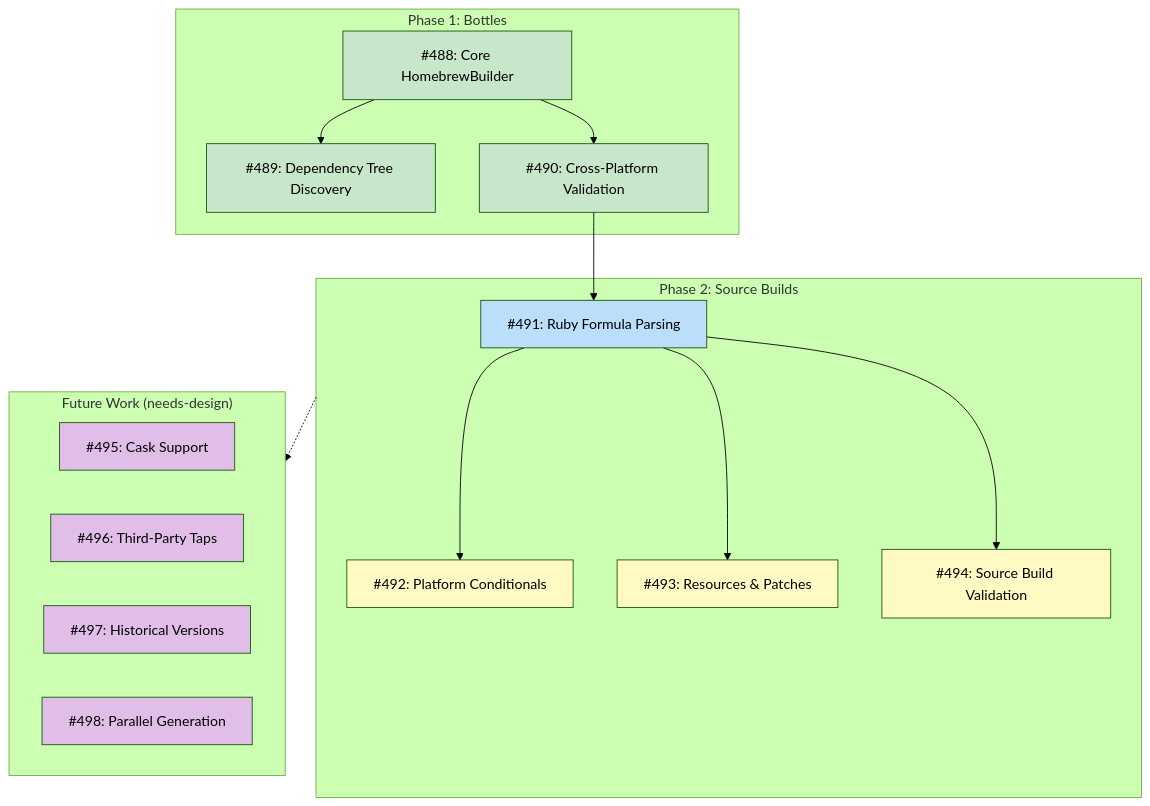
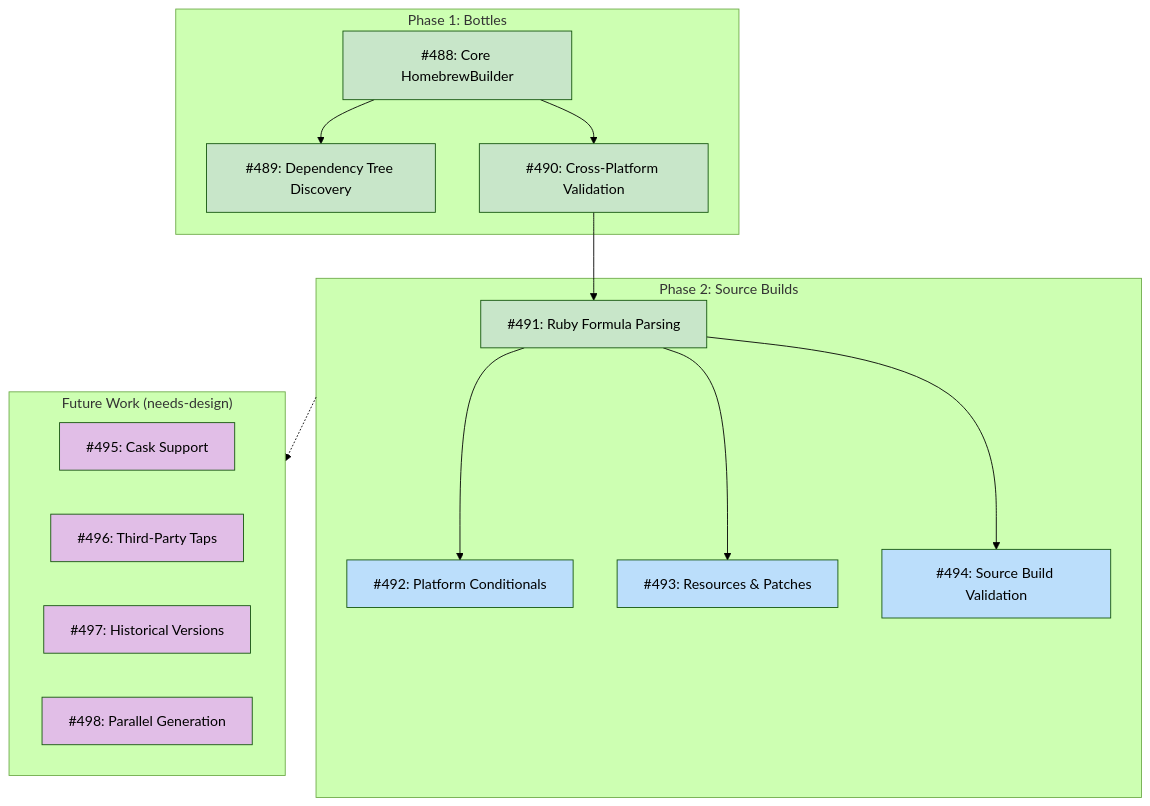
Before and after one commit to tsukumogami/tsuku: the diagram in docs/DESIGN-homebrew-builder.md, drawn with Mermaid (forest theme). The commit also changed 10 other files, not shown here.

````diff
--- a/docs/DESIGN-homebrew-builder.md
+++ b/docs/DESIGN-homebrew-builder.md
@@ -11,40 +11,39 @@
 ```mermaid
 graph TD
     subgraph Phase1["Phase 1: Bottles"]
         A488["#488: Core HomebrewBuilder"]
         A489["#489: Dependency Tree Discovery"]
         A490["#490: Cross-Platform Validation"]
     end
 
     subgraph Phase2["Phase 2: Source Builds"]
         A491["#491: Ruby Formula Parsing"]
         A492["#492: Platform Conditionals"]
         A493["#493: Resources & Patches"]
         A494["#494: Source Build Validation"]
     end
 
     subgraph Future["Future Work (needs-design)"]
         A495["#495: Cask Support"]
         A496["#496: Third-Party Taps"]
         A497["#497: Historical Versions"]
         A498["#498: Parallel Generation"]
     end
 
     A488 --> A489
     A488 --> A490
     A490 --> A491
     A491 --> A492
     A491 --> A493
     A491 --> A494
     Phase2 -.-> Future
 
     classDef done fill:#c8e6c9
     classDef ready fill:#bbdefb
     classDef blocked fill:#fff9c4
     classDef needsDesign fill:#e1bee7
 
-    class A488,A489,A490 done
-    class A491 ready
-    class A492,A493,A494 blocked
+    class A488,A489,A490,A491 done
+    class A492,A493,A494 ready
     class A495,A496,A497,A498 needsDesign
 ```
````
